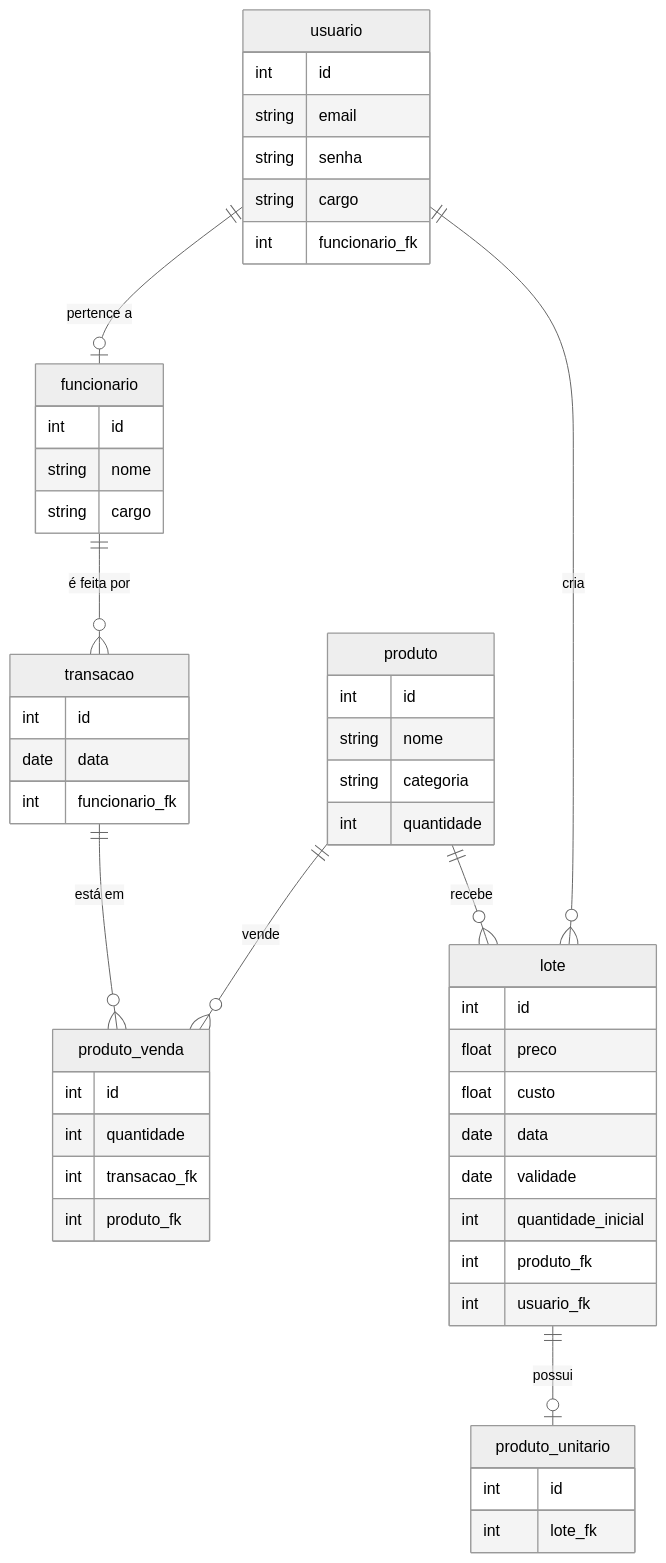
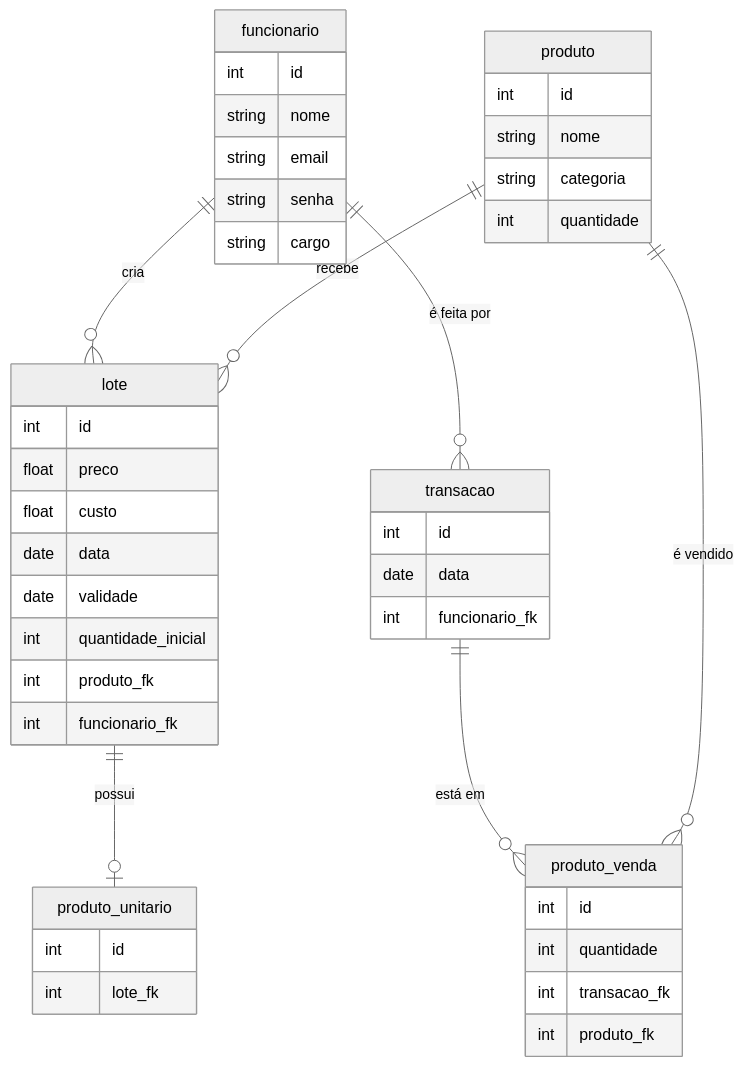
One commit to Gabriela-Amaro/gerenciamento-de-estoque changed the diagram in documentacao/modelo-conceitual.md. Above: the diagram before and after it, drawn with Mermaid (neutral theme).

````diff
--- a/documentacao/modelo-conceitual.md
+++ b/documentacao/modelo-conceitual.md
@@ -3,59 +3,53 @@
 ```mermaid
 erDiagram
-    usuario {
+    funcionario {
         int id
+        string nome
         string email
         string senha
         string cargo
-        int funcionario_fk
     }
-
-    funcionario {
-        int id
-        string nome
-        string cargo
-    }
-    usuario ||--o| funcionario : "pertence a"
 
     transacao {
         int id
         date data
         int funcionario_fk
     }
-    funcionario ||--o{ transacao : "é feita por"
 
     produto_venda {
         int id
         int quantidade
         int transacao_fk
         int produto_fk
     }
-    transacao ||--o{ produto_venda : "está em"
-    produto ||--o{ produto_venda : "vende"
 
-    produto {
+    produto_unitario {
         int id
-        string nome
-        string categoria
-        int quantidade
+        int lote_fk
     }
 
     lote {
         int id
         float preco
         float custo
         date data
         date validade
         int quantidade_inicial
         int produto_fk
-        int usuario_fk
+        int funcionario_fk
     }
+
+    produto {
+        int id
+        string nome
+        string categoria
+        int quantidade
+    }
+
+    funcionario ||--o{ lote : "cria"
+    lote ||--o| produto_unitario : "possui"
+    funcionario ||--o{ transacao : "é feita por"
+    transacao ||--o{ produto_venda : "está em"
     produto ||--o{ lote : "recebe"
-    usuario ||--o{ lote : "cria"
-
-    produto_unitario {
-        int id
-        int lote_fk
-    }
-    lote ||--o| produto_unitario : "possui"
+    produto ||--o{ produto_venda : "é vendido"
 ```
````
